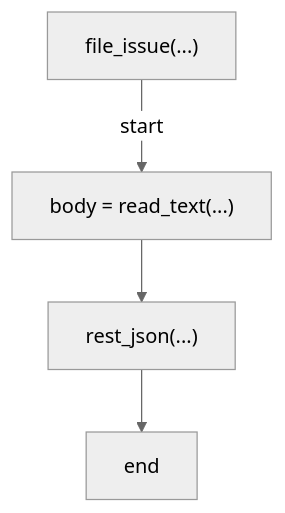
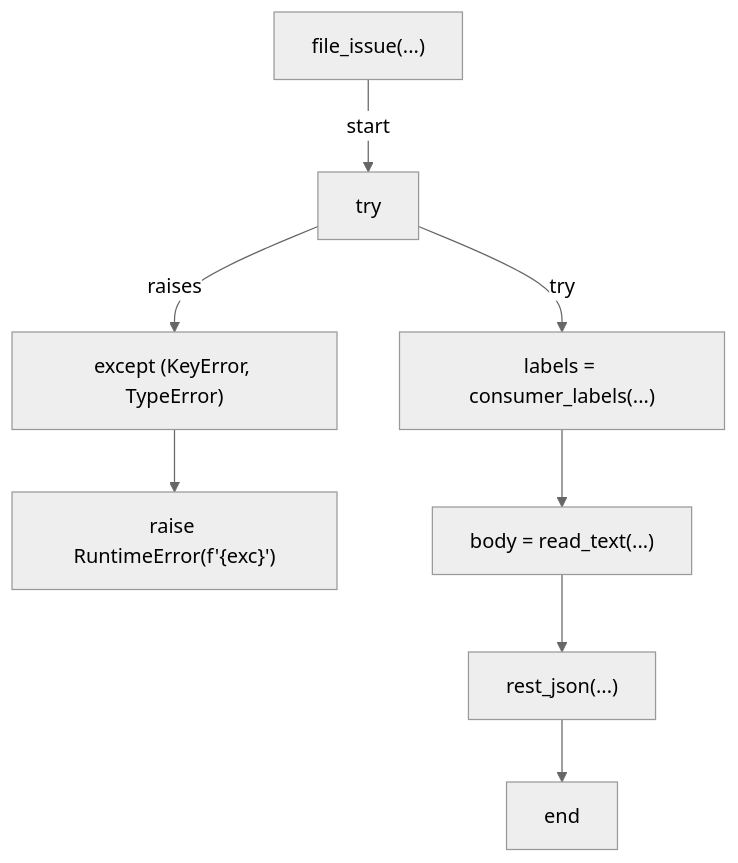
Before and after one commit to tvna/claude-md: diagram 25 of 38 in docs/generated/scripts/ast/ruleset_drift.md, drawn with Mermaid (neutral theme). The commit also changed 1 other file, not shown here.

Commit message:
docs(generated): regenerate decision tree and workflow diagrams
Refs #960

````diff
--- a/docs/generated/scripts/ast/ruleset_drift.md
+++ b/docs/generated/scripts/ast/ruleset_drift.md
@@ -316,10 +316,18 @@
 ```mermaid
 flowchart TD
     N001["file_issue(...)"]
-    N002["body = read_text(...)"]
-    N003["rest_json(...)"]
-    N004["end"]
+    N002["try"]
+    N003["labels = consumer_labels(...)"]
+    N004["except (KeyError, TypeError)"]
+    N005["raise RuntimeError(f'<str>{exc}')"]
+    N006["body = read_text(...)"]
+    N007["rest_json(...)"]
+    N008["end"]
     N001 -->|"start"| N002
-    N002 --> N003
-    N003 --> N004
+    N002 -->|"try"| N003
+    N002 -->|"raises"| N004
+    N004 --> N005
+    N003 --> N006
+    N006 --> N007
+    N007 --> N008
 ```
````
